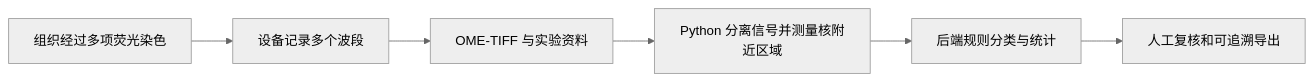
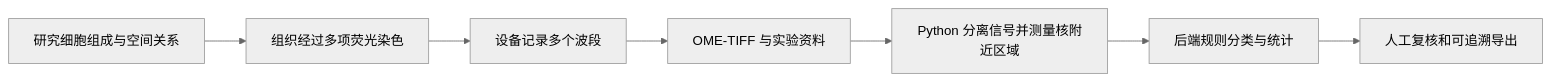
Before and after one commit to sjjjlol/OncoMosaic: the diagram in docs/PROJECT_GUIDE.md, drawn with Mermaid (neutral theme). The commit also changed other lines of this file and 9 other files, not shown here.

````diff
--- a/docs/PROJECT_GUIDE.md
+++ b/docs/PROJECT_GUIDE.md
@@ -28,8 +31,9 @@
 ```mermaid
 flowchart LR
-    A[组织经过多项荧光染色] --> B[设备记录多个波段]
+    Q[研究细胞组成与空间关系] --> A[组织经过多项荧光染色]
+    A --> B[设备记录多个波段]
     B --> C[OME-TIFF 与实验资料]
     C --> D[Python 分离信号并测量核附近区域]
     D --> E[后端规则分类与统计]
     E --> F[人工复核和可追溯导出]
 ```
````
